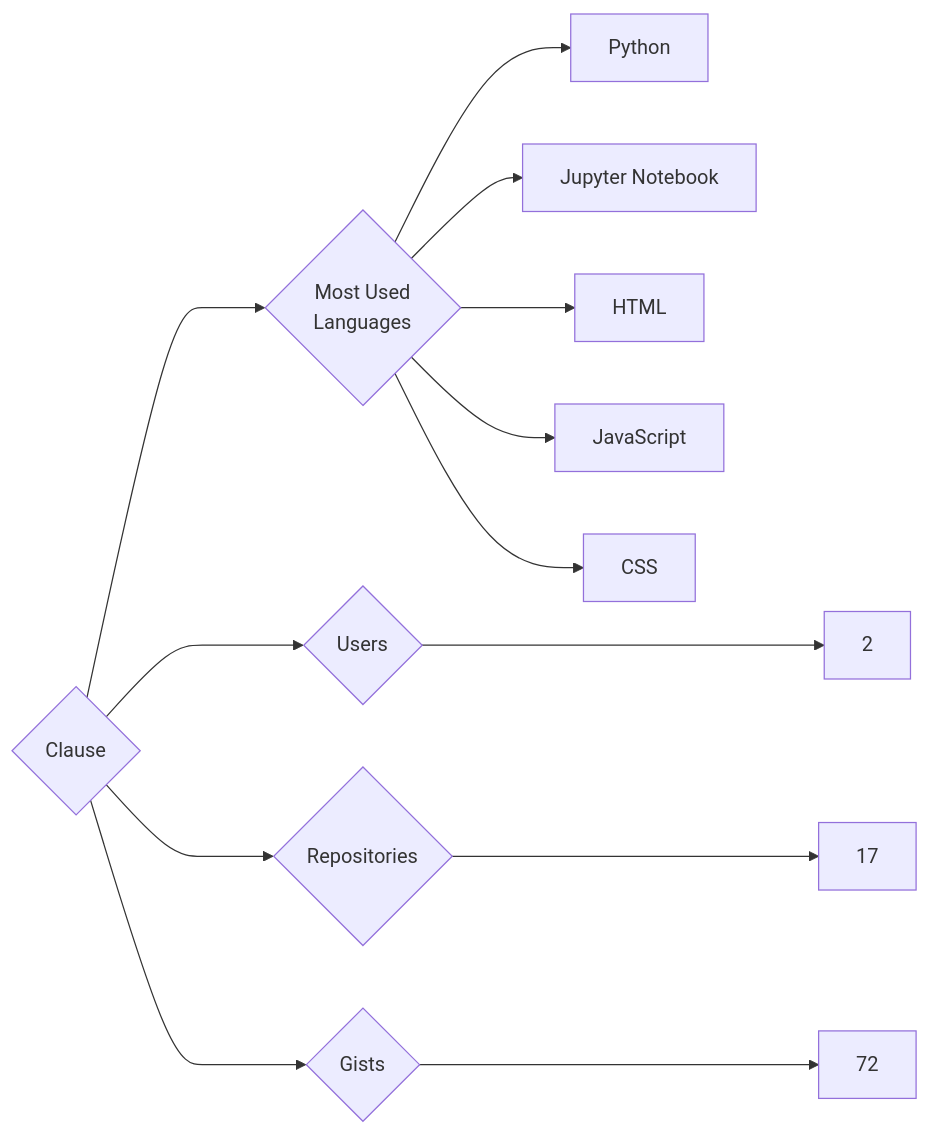
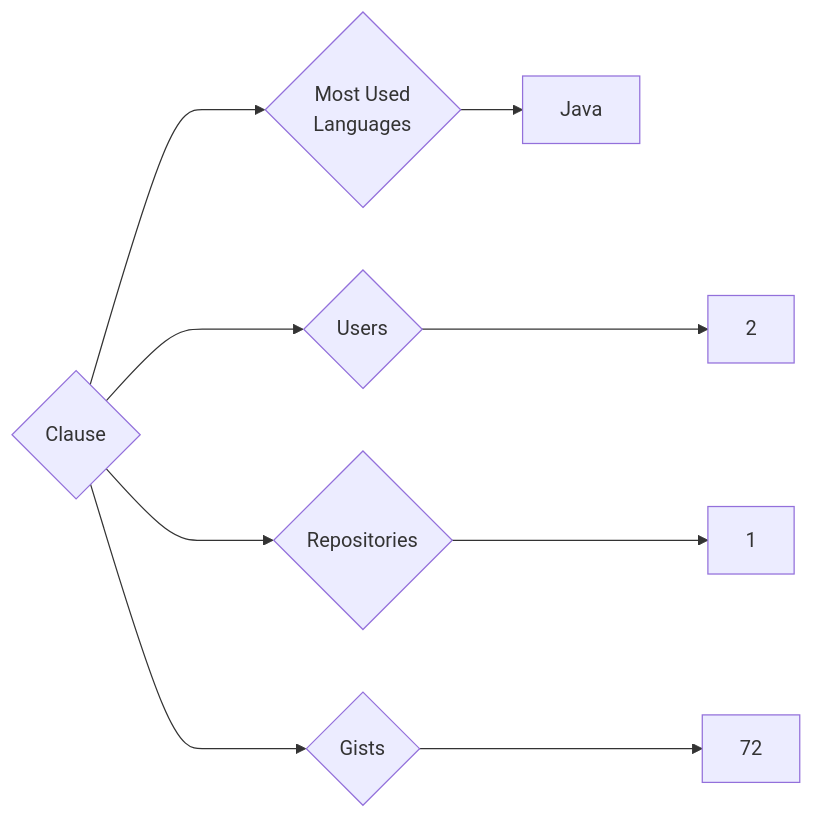
The diagram in targets/Clause/README.md (trickest/insiders), drawn with Mermaid before and after one commit. The commit also changed 925 other files, not shown here.

````diff
--- a/targets/Clause/README.md
+++ b/targets/Clause/README.md
@@ -3,13 +3,9 @@
 ```mermaid
 graph LR
 COMPANY_NAME{Clause}
 COMPANY_NAME ---> U{Users} ---> UN[2]
-COMPANY_NAME ---> R{Repositories} ---> RN[17]
+COMPANY_NAME ---> R{Repositories} ---> RN[1]
 COMPANY_NAME ---> G{Gists} ---> GN[72]
 COMPANY_NAME ---> ML{Most Used<br>Languages}
-ML --> Python[Python]
-ML --> Jupyter_Notebook[Jupyter Notebook]
-ML --> HTML[HTML]
-ML --> JavaScript[JavaScript]
-ML --> CSS[CSS]
+ML --> Java[Java]
 ```
````
